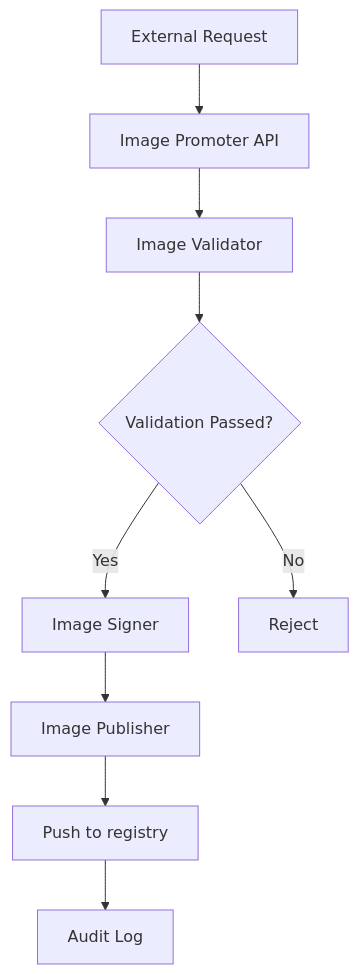
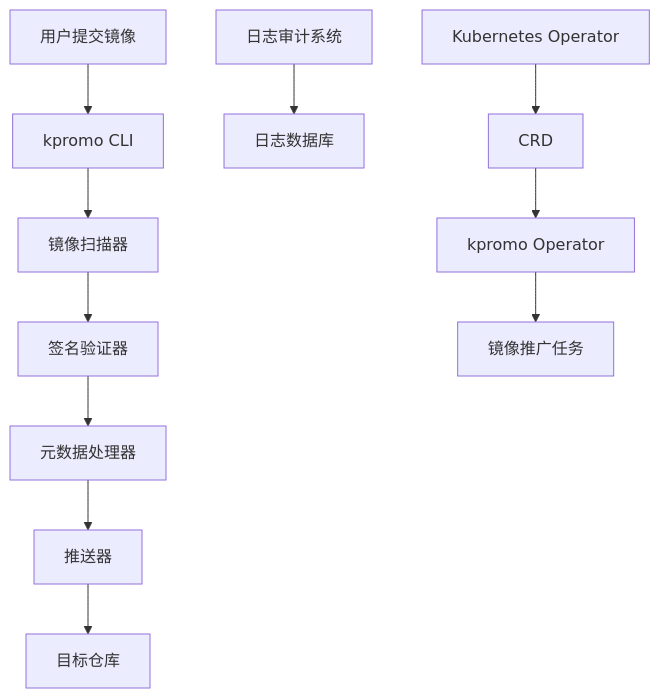
Before and after one commit to ape902/laoguo.github.io: the diagram in content/posts/2026-03-17-the-invisible-rewrite-modernizing-the-kubernetes-image-promoter.md, drawn with Mermaid. The commit also changed other lines of this file, not shown here.

Commit message:
发布新文章：2026-03-17-the-invisible-rewrite-modernizing-the-kubernetes-image-promoter.md

````diff
--- a/content/posts/2026-03-17-the-invisible-rewrite-modernizing-the-kubernetes-image-promoter.md
+++ b/content/posts/2026-03-17-the-invisible-rewrite-modernizing-the-kubernetes-image-promoter.md
@@ -57,11 +206,13 @@
 ```mermaid
 graph TD
-    A[External Request] --> B[Image Promoter API]
-    B --> C[Image Validator]
-    C --> D{Validation Passed?}
-    D -->|Yes| E[Image Signer]
-    D -->|No| F[Reject]
-    E --> G[Image Publisher]
-    G --> H[Push to registry]
-    H --> I[Audit Log]
+    A[用户提交镜像] --> B[kpromo CLI]
+    B --> C[镜像扫描器]
+    C --> D[签名验证器]
+    D --> E[元数据处理器]
+    E --> F[推送器]
+    F --> G[目标仓库]
+    H[日志审计系统] --> I[日志数据库]
+    J[Kubernetes Operator] --> K[CRD]
+    K --> L[kpromo Operator]
+    L --> M[镜像推广任务]
 ```
````
